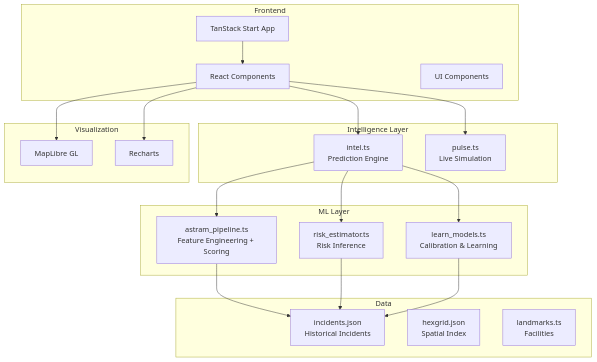
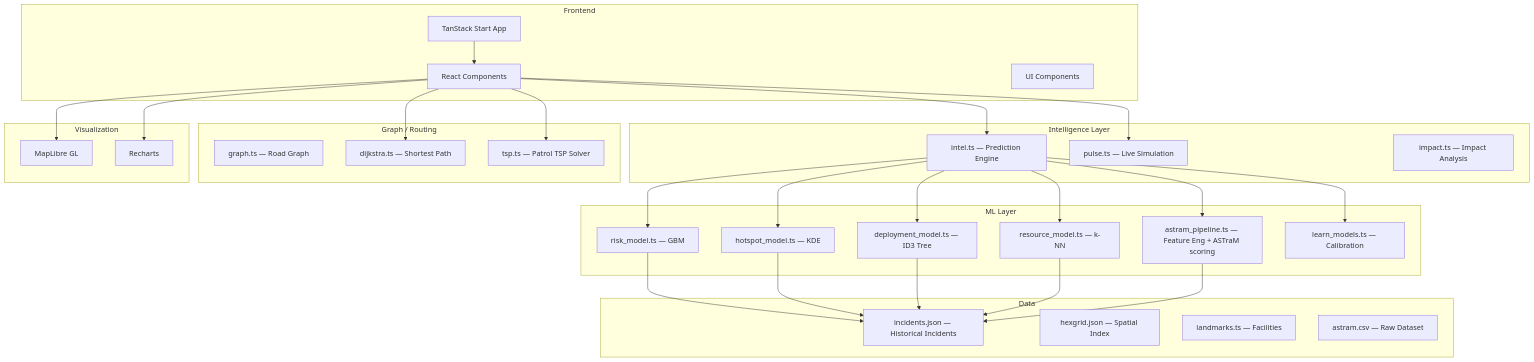
Before and after one commit to Pragati1466/Nethra: the diagram in README.md, drawn with Mermaid. The commit also changed other lines of this file, not shown here.

Commit message:
docs: update README with full ML models, routes, and architecture

````diff
--- a/README.md
+++ b/README.md
@@ -91,42 +104,56 @@
 ```mermaid
 graph TB
     subgraph "Frontend"
         A[TanStack Start App]
         B[React Components]
         C[UI Components]
     end
 
     subgraph "ML Layer"
-        D[astram_pipeline.ts<br/>Feature Engineering + Scoring]
-        E[risk_estimator.ts<br/>Risk Inference]
-        F[learn_models.ts<br/>Calibration & Learning]
+        D[risk_model.ts — GBM]
+        E[hotspot_model.ts — KDE]
+        F[deployment_model.ts — ID3 Tree]
+        G[resource_model.ts — k-NN]
+        H[astram_pipeline.ts — Feature Eng + ASTraM scoring]
+        I[learn_models.ts — Calibration]
     end
 
     subgraph "Intelligence Layer"
-        G[intel.ts<br/>Prediction Engine]
-        H[pulse.ts<br/>Live Simulation]
+        J[intel.ts — Prediction Engine]
+        K[pulse.ts — Live Simulation]
+        L[impact.ts — Impact Analysis]
+    end
+
+    subgraph "Graph / Routing"
+        M[graph.ts — Road Graph]
+        N[dijkstra.ts — Shortest Path]
+        O[tsp.ts — Patrol TSP Solver]
     end
 
     subgraph "Data"
-        I[incidents.json<br/>Historical Incidents]
-        J[hexgrid.json<br/>Spatial Index]
-        K[landmarks.ts<br/>Facilities]
+        P[incidents.json — Historical Incidents]
+        Q[hexgrid.json — Spatial Index]
+        R[landmarks.ts — Facilities]
+        S[astram.csv — Raw Dataset]
     end
 
     subgraph "Visualization"
-        L[MapLibre GL]
-        M[Recharts]
+        T[MapLibre GL]
+        U[Recharts]
     end
 
     A --> B
-    B --> G
-    B --> H
-    G --> D
-    G --> E
-    G --> F
-    D --> I
-    E --> I
-    F --> I
-    B --> L
-    B --> M
+    B --> J
+    B --> K
+    J --> D
+    J --> E
+    J --> F
+    J --> G
+    J --> H
+    J --> I
+    D & E & F & G & H --> P
+    B --> T
+    B --> U
+    B --> N
+    B --> O
 ```
````
